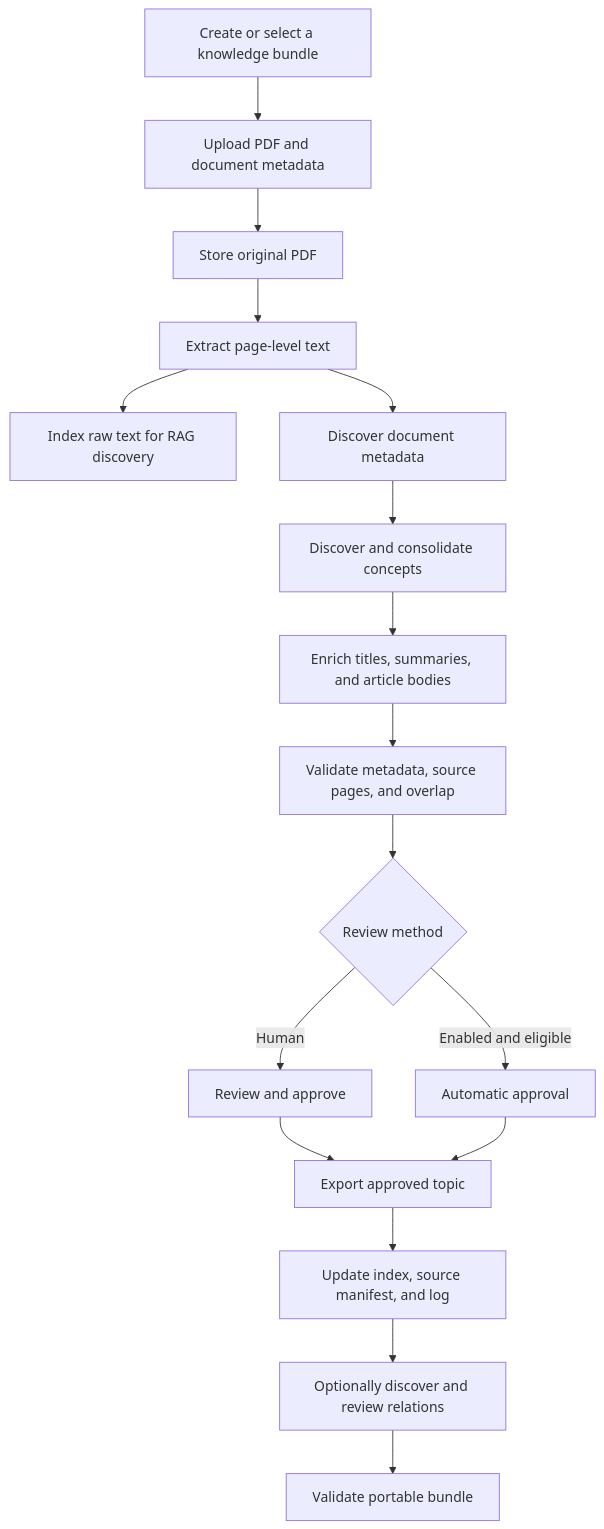
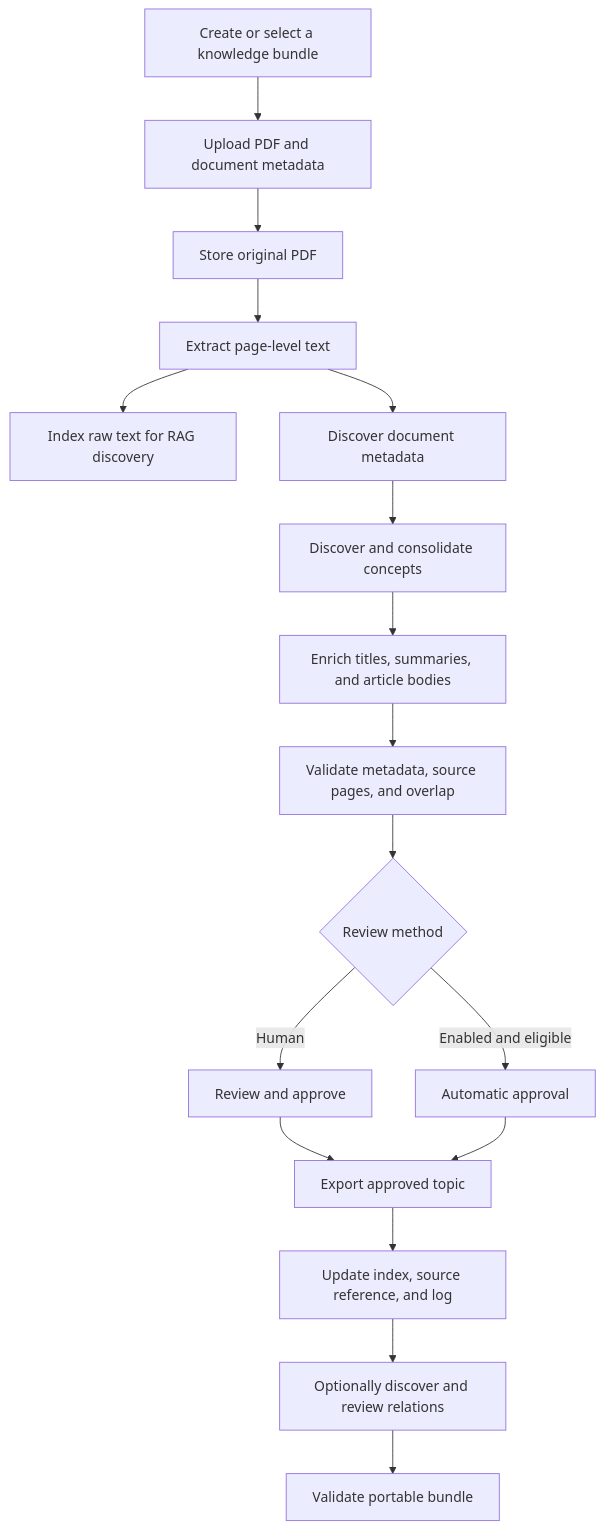
One commit to IcantCode1010/AV-OKF changed the diagram in docs/user-guides/file-processing-walkthrough.md. Above: the diagram before and after it, drawn with Mermaid. The commit also changed other lines of this file and 106 other files, not shown here.

````diff
--- a/docs/user-guides/file-processing-walkthrough.md
+++ b/docs/user-guides/file-processing-walkthrough.md
@@ -39,19 +37,19 @@
 ```mermaid
 flowchart TD
     A["Create or select a knowledge bundle"] --> B["Upload PDF and document metadata"]
     B --> C["Store original PDF"]
     C --> D["Extract page-level text"]
     D --> E["Index raw text for RAG discovery"]
     D --> F["Discover document metadata"]
     F --> G["Discover and consolidate concepts"]
     G --> H["Enrich titles, summaries, and article bodies"]
     H --> I["Validate metadata, source pages, and overlap"]
     I --> J{"Review method"}
     J -->|"Human"| K["Review and approve"]
     J -->|"Enabled and eligible"| L["Automatic approval"]
     K --> M["Export approved topic"]
     L --> M
-    M --> N["Update index, source manifest, and log"]
+    M --> N["Update index, source reference, and log"]
     N --> O["Optionally discover and review relations"]
     O --> P["Validate portable bundle"]
 ```
````
